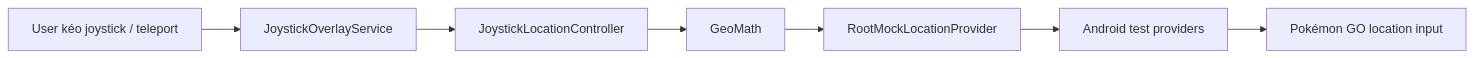
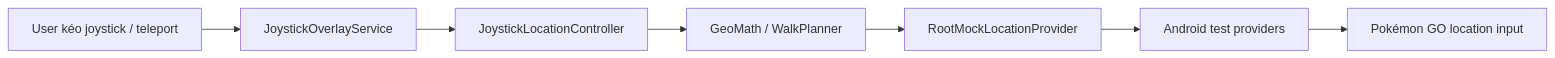
The diagram in docs/ARCHITECTURE_SUMMARY.md (danghungtb26/pogo-root-automation), drawn with Mermaid before and after one commit. The commit also changed other lines of this file and 72 other files, not shown here.

````diff
--- a/docs/ARCHITECTURE_SUMMARY.md
+++ b/docs/ARCHITECTURE_SUMMARY.md
@@ -94,9 +92,9 @@
 ```mermaid
 flowchart LR
     User["User kéo joystick / teleport"] --> Overlay["JoystickOverlayService"]
     Overlay --> Controller["JoystickLocationController"]
-    Controller --> Geo["GeoMath"]
+    Controller --> Geo["GeoMath / WalkPlanner"]
     Geo --> Provider["RootMockLocationProvider"]
     Provider --> Android["Android test providers"]
     Android --> Game["Pokémon GO location input"]
 ```
````
